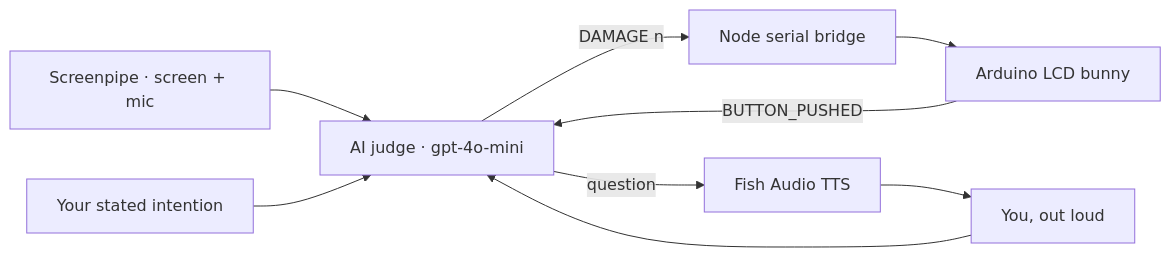
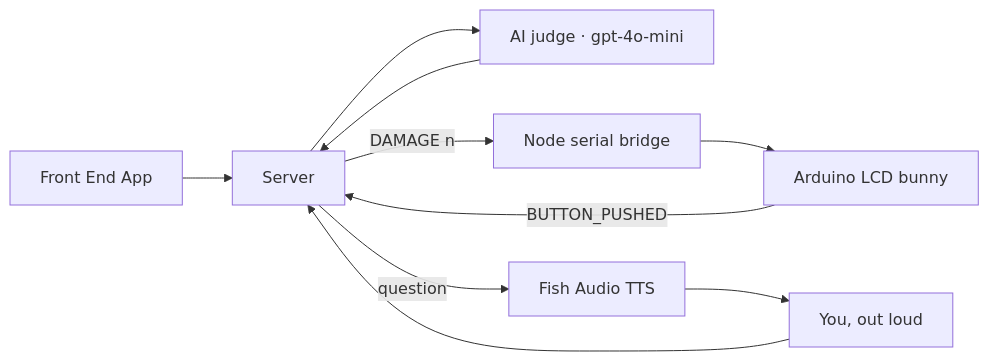
The diagram in slidev/slides.md (leowla/hackathon-2026), drawn with Mermaid before and after one commit. The commit also changed other lines of this file and 2 other files, not shown here.

````diff
--- a/slidev/slides.md
+++ b/slidev/slides.md
@@ -106,11 +93,12 @@
 ```mermaid
 flowchart LR
-  SP["Screenpipe · screen + mic"] --> REF["AI judge · gpt-4o-mini"]
-  Intention["Your stated intention"] --> REF
+  Intention["Front End App"] --> REF["Server"]
+  AI["AI judge · gpt-4o-mini"] --> REF
+  REF --> AI
   REF -->|DAMAGE n| Bridge["Node serial bridge"]
   Bridge --> Bunny["Arduino LCD bunny"]
   Bunny -->|BUTTON_PUSHED| REF
   REF -->|question| TTS["Fish Audio TTS"]
   TTS --> Mic["You, out loud"]
   Mic --> REF
 ```
````
